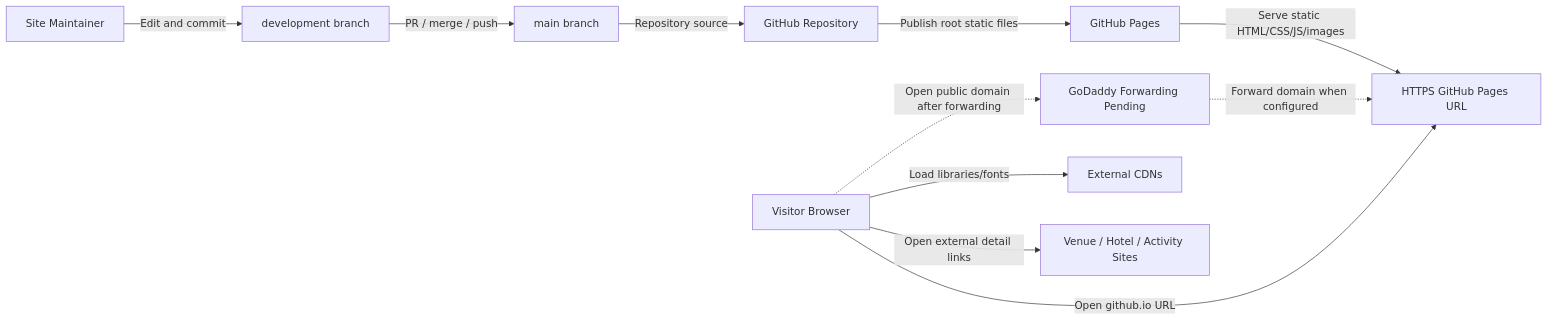
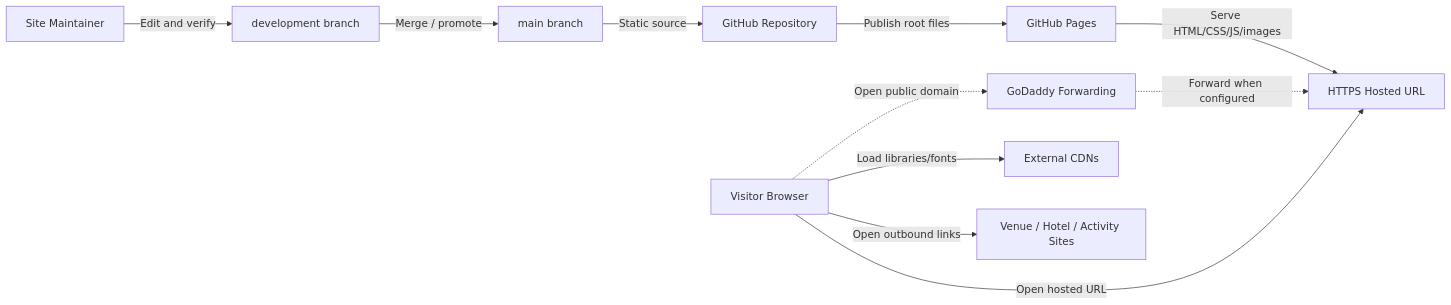
Before and after one commit to skeller01/wedding-website: the diagram in documentation/planning/deployment-footprint.md, drawn with Mermaid. The commit also changed other lines of this file and 10 other files, not shown here.

````diff
--- a/documentation/planning/deployment-footprint.md
+++ b/documentation/planning/deployment-footprint.md
@@ -69,24 +51,24 @@
 ```mermaid
 flowchart LR
   Maintainer[Site Maintainer]
-  Development[development branch]
+  Dev[development branch]
   Main[main branch]
-  GitHub[GitHub Repository]
+  Repo[GitHub Repository]
   Pages[GitHub Pages]
-  PagesURL[HTTPS GitHub Pages URL]
-  GoDaddy[GoDaddy Forwarding Pending]
+  URL[HTTPS Hosted URL]
+  Domain[GoDaddy Forwarding]
   Visitor[Visitor Browser]
   CDN[External CDNs]
-  ExternalSites[Venue / Hotel / Activity Sites]
+  ThirdParty[Venue / Hotel / Activity Sites]
 
-  Maintainer -->|Edit and commit| Development
-  Development -->|PR / merge / push| Main
-  Main -->|Repository source| GitHub
-  GitHub -->|Publish root static files| Pages
-  Pages -->|Serve static HTML/CSS/JS/images| PagesURL
-  GoDaddy -.->|Forward domain when configured| PagesURL
-  Visitor -->|Open github.io URL| PagesURL
-  Visitor -.->|Open public domain after forwarding| GoDaddy
+  Maintainer -->|Edit and verify| Dev
+  Dev -->|Merge / promote| Main
+  Main -->|Static source| Repo
+  Repo -->|Publish root files| Pages
+  Pages -->|Serve HTML/CSS/JS/images| URL
+  Domain -.->|Forward when configured| URL
+  Visitor -->|Open hosted URL| URL
+  Visitor -.->|Open public domain| Domain
   Visitor -->|Load libraries/fonts| CDN
-  Visitor -->|Open external detail links| ExternalSites
+  Visitor -->|Open outbound links| ThirdParty
 ```
````
